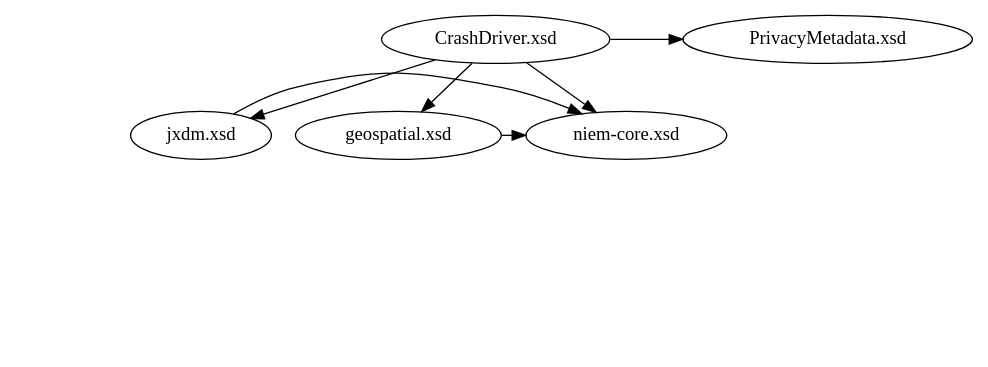
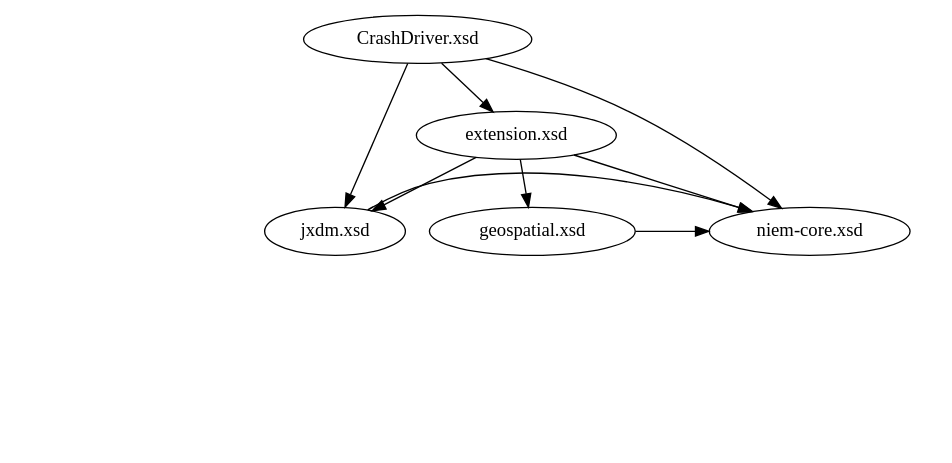
The diagram in Graphics/schema_imports_ranked_4.dot (NIEM/NIEM-Training), drawn with Graphviz before and after one commit. The commit also changed 200 other files, not shown here.

```diff
--- a/Graphics/schema_imports_ranked_4.dot
+++ b/Graphics/schema_imports_ranked_4.dot
@@ -1,72 +1,75 @@
 digraph schemas {
 
 	// layouts
     // layout="circo";
     layout="dot";
     
     // layout="fdp";
     // layout="neato";
     // layout="osage";
     // layout="patchwork";
     // layout="sfdp";
     // layout="twopi";
 
 	// extension
 
 	CrashDriver [label="CrashDriver.xsd"];
-		CrashDriver -> PrivacyMetadata;
 		CrashDriver -> niem_core;
 		CrashDriver -> jxdm;
-		CrashDriver -> geospatial;
-		CrashDriver -> niem_xs[style="invis"];
-		CrashDriver -> structures[style="invis"];
+		CrashDriver -> extension;
+		CrashDriver -> structures [style="invis"];
 
-	PrivacyMetadata [label="PrivacyMetadata.xsd"];
-		PrivacyMetadata -> structures [style="invis"];
+	extension [label="extension.xsd"];
+		extension -> niem_core;
+		extension -> jxdm;
+		extension -> geospatial;
+		extension -> niem_xs [style="invis"];
+		extension -> structures [style="invis"];
 
 	// external
 	gml [label="gml.xsd", style="invis"];
 		gml -> xlinks [style="invis"];
 	xlinks [label="xlinks.xsd", style="invis"];
 
 
 	structures [label="structures.xsd", style="invis"];
 
 
 	// core
 
 	niem_core [label="niem-core.xsd"];
 		niem_core -> niem_xs [style="invis"];
 		niem_core -> structures [style="invis"];
 
 	// domains
 	jxdm [label="jxdm.xsd"];
 		jxdm -> aamva_d20 [style="invis"];
 		jxdm -> niem_core;
 		jxdm -> niem_xs [style="invis"];
 		jxdm -> structures [style="invis"];
 
 	// codes
 
 	aamva_d20 [label="aamva_d20.xsd", style="invis"];
 		aamva_d20 -> structures [style="invis"];
 
 	// adapters
 
 	geospatial [label="geospatial.xsd"];
 		geospatial -> niem_core;
 		geospatial -> structures [style="invis"];
 		geospatial -> gml [style="invis"];
 
 	niem_xs [label="niem-xs.xsd", style="invis"];
 		niem_xs -> structures [style="invis"];
 
 	// ========================
 
-{ rank="source" CrashDriver, PrivacyMetadata }
+{ rank="source" CrashDriver }
+{ rank="same" extension }
 { rank="same" niem_core, geospatial, jxdm }
 { rank="same" aamva_d20 }
 { rank="same" gml, xlinks }
 { rank="same" structures, niem_xs }
 
 }
```
